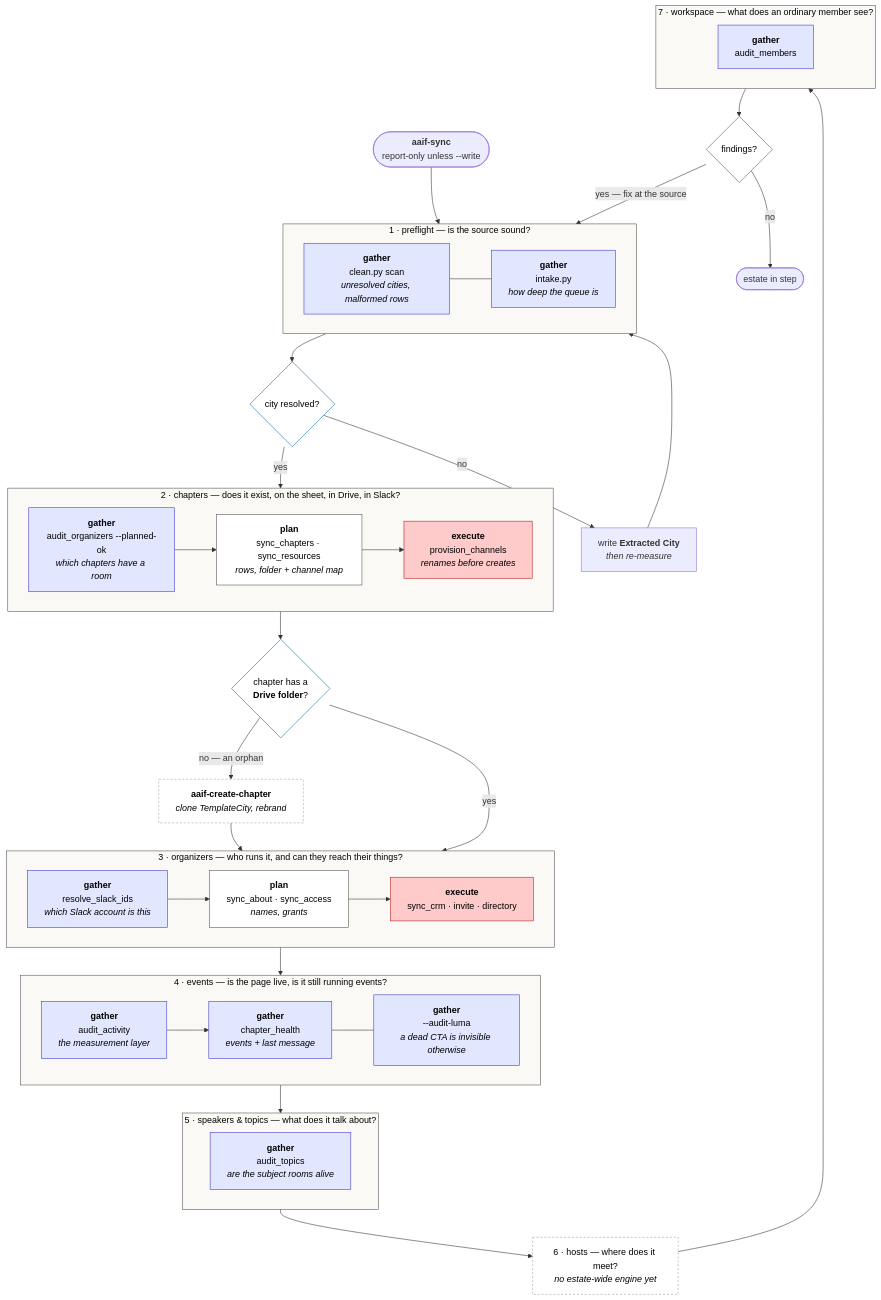
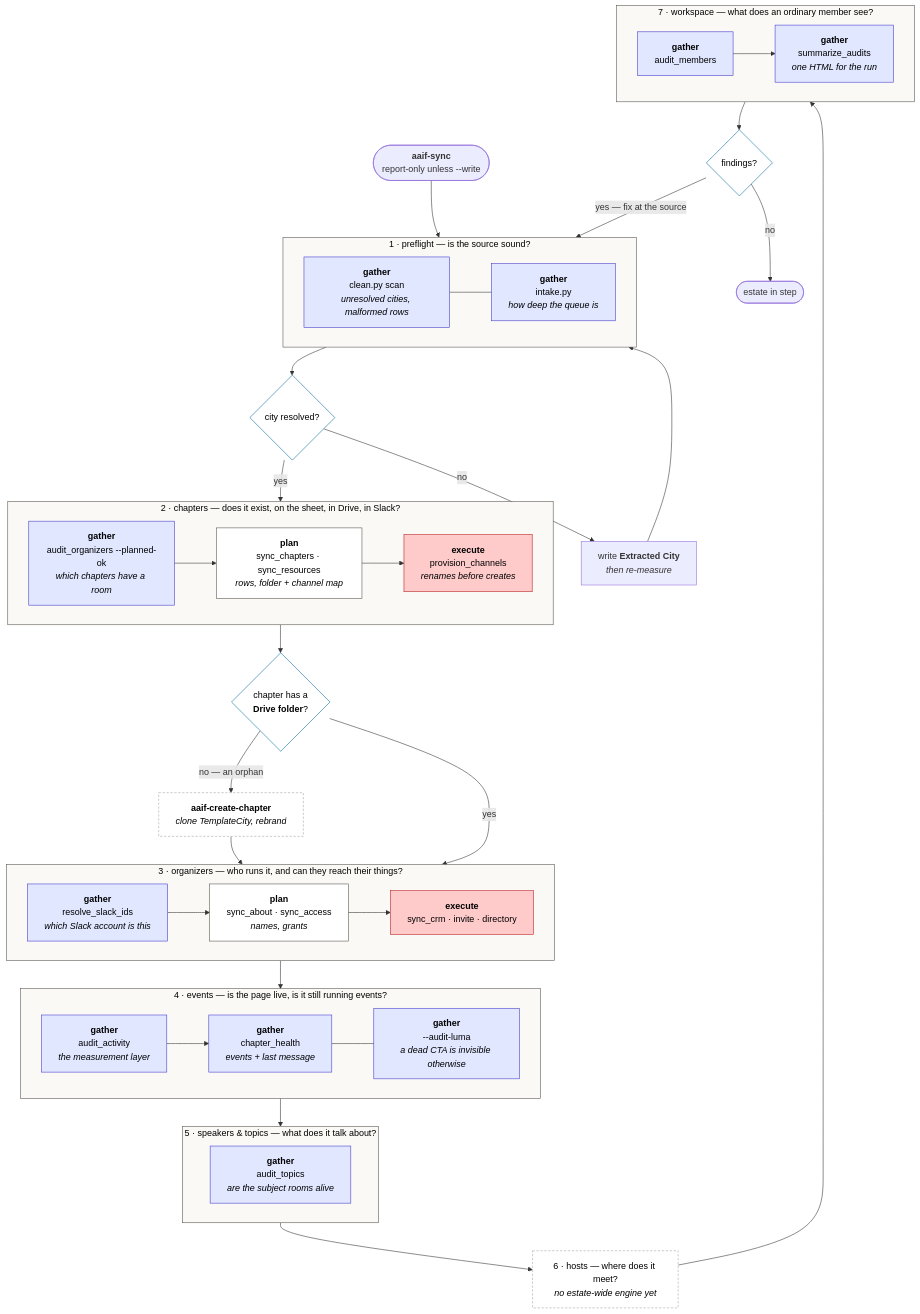
One commit to aaif/community-events changed the first of 2 diagrams in README.md. Above: the diagram before and after it, drawn with Mermaid. The commit also changed 3 other files, not shown here.

First line of the commit message:
feat(sync): every run ends with one HTML report, in the run directory

````diff
--- a/README.md
+++ b/README.md
@@ -124,80 +124,82 @@
 ```mermaid
 flowchart TD
     START(["<b>aaif-sync</b><br/>report-only unless --write"]) --> P1
 
     subgraph P1["1 · preflight — is the source sound?"]
         direction LR
         p1a["<b>gather</b><br/>clean.py scan<br/><i>unresolved cities, malformed rows</i>"]
         p1b["<b>gather</b><br/>intake.py<br/><i>how deep the queue is</i>"]
         p1a --- p1b
     end
 
     q1{"city resolved?"}
     fix["write <b>Extracted City</b><br/><i>then re-measure</i>"]
     P1 --> q1
     q1 -->|"no"| fix --> P1
 
     subgraph P2["2 · chapters — does it exist, on the sheet, in Drive, in Slack?"]
         direction LR
         p2a["<b>gather</b><br/>audit_organizers --planned-ok<br/><i>which chapters have a room</i>"]
         p2b["<b>plan</b><br/>sync_chapters · sync_resources<br/><i>rows, folder + channel map</i>"]
         p2c["<b>execute</b><br/>provision_channels<br/><i>renames before creates</i>"]
         p2a --> p2b --> p2c
     end
     q1 -->|"yes"| P2
 
     q2{"chapter has a<br/><b>Drive folder</b>?"}
     NEW["<b>aaif-create-chapter</b><br/><i>clone TemplateCity, rebrand</i>"]
     P2 --> q2
     q2 -->|"no — an orphan"| NEW --> P3
     q2 -->|"yes"| P3
 
     subgraph P3["3 · organizers — who runs it, and can they reach their things?"]
         direction LR
         p3a["<b>gather</b><br/>resolve_slack_ids<br/><i>which Slack account is this</i>"]
         p3b["<b>plan</b><br/>sync_about · sync_access<br/><i>names, grants</i>"]
         p3c["<b>execute</b><br/>sync_crm · invite · directory"]
         p3a --> p3b --> p3c
     end
 
     subgraph P4["4 · events — is the page live, is it still running events?"]
         direction LR
         p4a["<b>gather</b><br/>audit_activity<br/><i>the measurement layer</i>"]
         p4b["<b>gather</b><br/>chapter_health<br/><i>events + last message</i>"]
         p4c["<b>gather</b><br/>--audit-luma<br/><i>a dead CTA is invisible otherwise</i>"]
         p4a --> p4b --- p4c
     end
     P3 --> P4
 
     subgraph P5["5 · speakers &amp; topics — what does it talk about?"]
         direction LR
         p5a["<b>gather</b><br/>audit_topics<br/><i>are the subject rooms alive</i>"]
     end
     P4 --> P5
 
     P6["6 · hosts — where does it meet?<br/><i>no estate-wide engine yet</i>"]
     P5 --> P6
 
     subgraph P7["7 · workspace — what does an ordinary member see?"]
         direction LR
         p7a["<b>gather</b><br/>audit_members"]
+        p7b["<b>gather</b><br/>summarize_audits<br/><i>one HTML for the run</i>"]
+        p7a --> p7b
     end
     P6 --> P7
 
     P7 --> OUT{"findings?"}
     OUT -->|"yes — fix at the source"| P1
     OUT -->|"no"| DONE(["estate in step"])
 
     classDef phase fill:#faf9f6,stroke:#57534e,color:#000
     classDef gather fill:#e0e7ff,stroke:#4338ca,color:#000
     classDef plan fill:#fff,stroke:#57534e,color:#000
     classDef exec fill:#fecaca,stroke:#b91c1c,color:#000
     classDef decide fill:#fff,stroke:#0369a1,color:#000
     classDef side fill:#fff,stroke:#a8a29e,color:#000,stroke-dasharray:4 3
     class P1,P2,P3,P4,P5,P7 phase
-    class p1a,p1b,p2a,p3a,p4a,p4b,p4c,p5a,p7a gather
+    class p1a,p1b,p2a,p3a,p4a,p4b,p4c,p5a,p7a,p7b gather
     class p2b,p3b plan
     class p2c,p3c exec
     class q1,q2,OUT decide
     class NEW,P6 side
 ```
````
